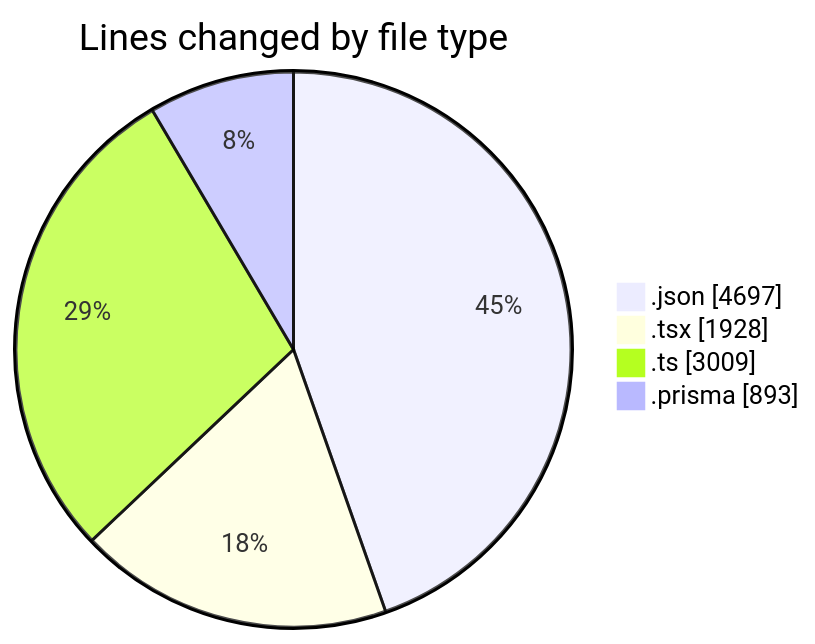
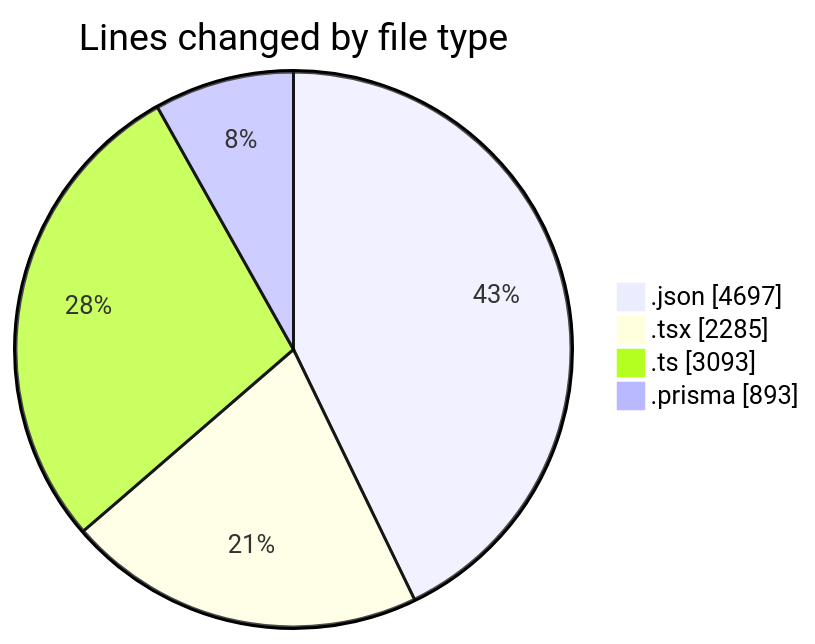
The first of 2 diagrams in 2025-05-05/ecodeli/README.md (CELIANVF/code-tracking), drawn with Mermaid before and after one commit. The commit also changed other lines of this file and 1 other file, not shown here.

````diff
--- a/2025-05-05/ecodeli/README.md
+++ b/2025-05-05/ecodeli/README.md
@@ -40,8 +43,8 @@
 ```mermaid
 pie showData
 title Lines changed by file type
 ".json" : 4697
-".tsx" : 1928
-".ts" : 3009
+".tsx" : 2285
+".ts" : 3093
 ".prisma" : 893
 ```
````
